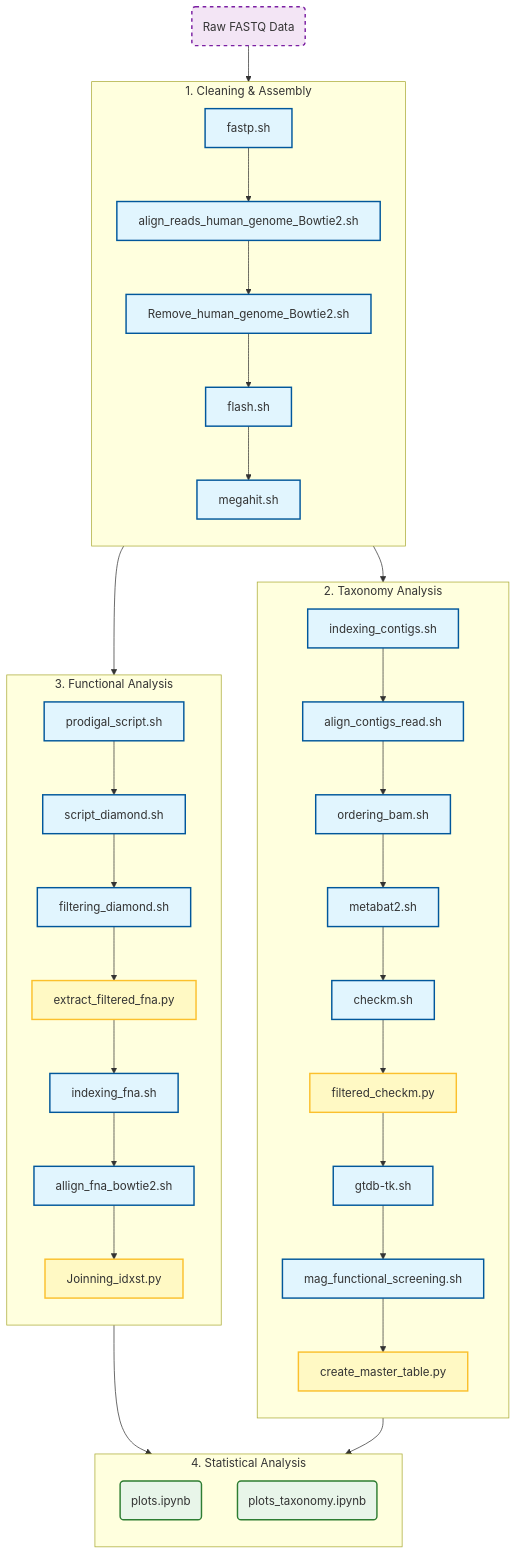
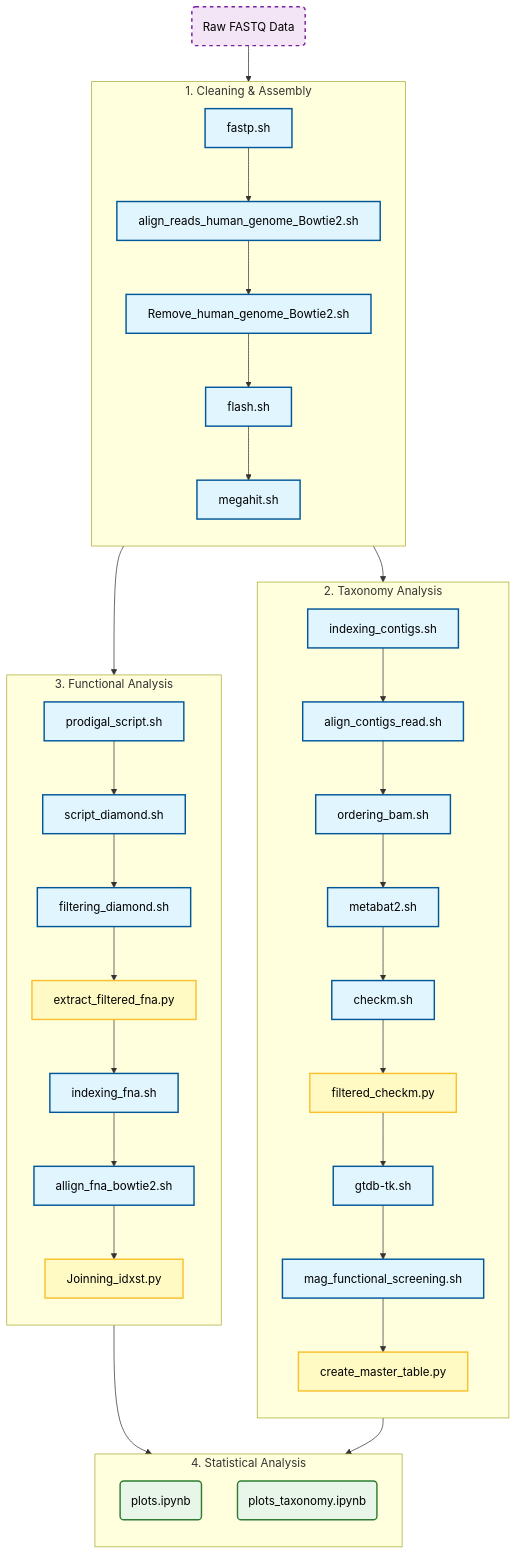
Before and after one commit to Marcosv21/Doc_project: the diagram in README.md, drawn with Mermaid.

Commit message:
Update node styles in mermaid diagram for improved readability

````diff
--- a/README.md
+++ b/README.md
@@ -29,59 +29,59 @@
 ```mermaid
 graph TD
-    %% Node Styles
-    classDef shell fill:#e1f5fe,stroke:#01579b,stroke-width:2px;
-    classDef python fill:#fff9c4,stroke:#fbc02d,stroke-width:2px;
-    classDef ipynb fill:#e8f5e9,stroke:#2e7d32,stroke-width:2px;
-    classDef start fill:#f3e5f5,stroke:#7b1fa2,stroke-width:2px,stroke-dasharray: 5 5;
+    %% Node Styles - Adicionei "color:#000000" para texto preto
+    classDef shell fill:#e1f5fe,stroke:#01579b,stroke-width:2px,color:#000000;
+    classDef python fill:#fff9c4,stroke:#fbc02d,stroke-width:2px,color:#000000;
+    classDef ipynb fill:#e8f5e9,stroke:#2e7d32,stroke-width:2px,color:#000000;
+    classDef start fill:#f3e5f5,stroke:#7b1fa2,stroke-width:2px,stroke-dasharray: 5 5,color:#000000;
 
     %% Start Node
     Input(Raw FASTQ Data):::start --> Clean1
 
     %% --- 1. CLEANING & ASSEMBLY ---
     subgraph Cleaning ["1. Cleaning & Assembly"]
         direction TB
         Clean1[fastp.sh]:::shell --> Clean2[align_reads_human_genome_Bowtie2.sh]:::shell
         Clean2 --> Clean3[Remove_human_genome_Bowtie2.sh]:::shell
         Clean3 --> Clean4[flash.sh]:::shell
         Clean4 --> Clean5[megahit.sh]:::shell
     end
 
     %% Fork: Assembly output goes to BOTH Functional and Taxonomy
     Clean5 --> Func1
     Clean5 --> Tax1
 
     %% --- 2. TAXONOMY ANALYSIS ---
     subgraph Taxonomy ["2. Taxonomy Analysis"]
         direction TB
         Tax1[indexing_contigs.sh]:::shell --> Tax2[align_contigs_read.sh]:::shell
         Tax2 --> Tax3[ordering_bam.sh]:::shell
         Tax3 --> Tax4[metabat2.sh]:::shell
         Tax4 --> Tax5[checkm.sh]:::shell
         Tax5 --> Tax6[filtered_checkm.py]:::python
         Tax6 --> Tax7[gtdb-tk.sh]:::shell
         Tax7 --> Tax8[mag_functional_screening.sh]:::shell
         Tax8 --> Tax9[create_master_table.py]:::python
     end
 
     %% --- 3. FUNCTIONAL ANALYSIS ---
     subgraph Functional ["3. Functional Analysis"]
         direction TB
         Func1[prodigal_script.sh]:::shell --> Func2[script_diamond.sh]:::shell
         Func2 --> Func3[filtering_diamond.sh]:::shell
         Func3 --> Func4[extract_filtered_fna.py]:::python
         Func4 --> Func5[indexing_fna.sh]:::shell
         Func5 --> Func6[allign_fna_bowtie2.sh]:::shell
         Func6 --> Func7[Joinning_idxst.py]:::python
     end
 
     %% --- 4. STATISTICAL ANALYSIS ---
     subgraph Stats ["4. Statistical Analysis"]
         direction TB
         %% Functional result -> plots.ipynb
         Func7 --> Stat1(plots.ipynb):::ipynb
         
         %% Taxonomy result -> plots_taxonomy.ipynb
         Tax9 --> Stat2(plots_taxonomy.ipynb):::ipynb
     end
-    
+
 ```
````
